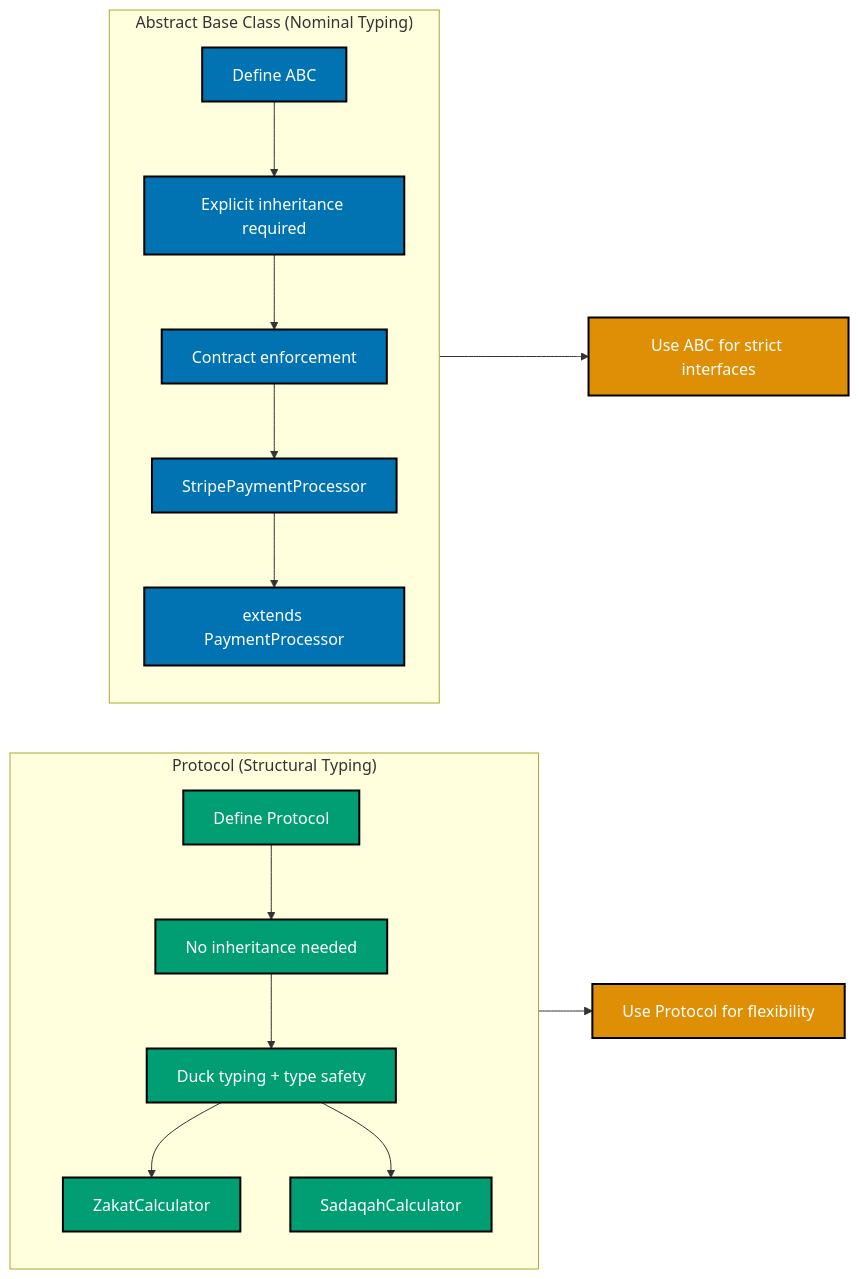
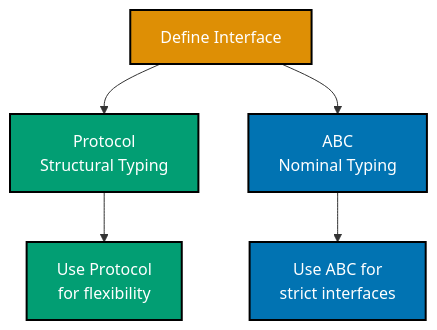
The third of 5 diagrams in docs/explanation/software-engineering/programming-languages/python/classes-and-protocols.md (wahidyankf/ose-primer), drawn with Mermaid before and after one commit. The commit also changed other lines of this file and 12 other files, not shown here.

Commit message:
fix(docs): fix mermaid violations in python/ docs (batch 2/10)

````diff
--- a/docs/explanation/software-engineering/programming-languages/python/classes-and-protocols.md
+++ b/docs/explanation/software-engineering/programming-languages/python/classes-and-protocols.md
@@ -432,39 +432,18 @@
 ```mermaid
 %% Color Palette: Blue #0173B2, Orange #DE8F05, Teal #029E73, Purple #CC78BC, Brown #CA9161
-graph LR
-  subgraph Protocol["Protocol #40;Structural Typing#41;"]
-    A1[Define Protocol]:::teal
-    A2[No inheritance needed]:::teal
-    A3[Duck typing + type safety]:::teal
-    A4[ZakatCalculator]:::teal
-    A5[SadaqahCalculator]:::teal
+graph TD
+  A[Define Interface]:::orange
+  B[Protocol<br/>Structural Typing]:::teal
+  C[ABC<br/>Nominal Typing]:::blue
+  D[Use Protocol<br/>for flexibility]:::teal
+  E[Use ABC for<br/>strict interfaces]:::blue
 
-    A1 --> A2
-    A2 --> A3
-    A3 --> A4
-    A3 --> A5
-  end
-
-  subgraph ABC["Abstract Base Class #40;Nominal Typing#41;"]
-    B1[Define ABC]:::blue
-    B2[Explicit inheritance required]:::blue
-    B3[Contract enforcement]:::blue
-    B4[StripePaymentProcessor]:::blue
-    B5[extends PaymentProcessor]:::blue
-
-    B1 --> B2
-    B2 --> B3
-    B3 --> B4
-    B4 --> B5
-  end
-
-  C[Use Protocol for flexibility]:::orange
-  D[Use ABC for strict interfaces]:::orange
-
-  Protocol --> C
-  ABC --> D
+  A --> B
+  A --> C
+  B --> D
+  C --> E
 
   classDef blue fill:#0173B2,stroke:#000000,color:#FFFFFF,stroke-width:2px
   classDef orange fill:#DE8F05,stroke:#000000,color:#FFFFFF,stroke-width:2px
   classDef teal fill:#029E73,stroke:#000000,color:#FFFFFF,stroke-width:2px
 ```
````
